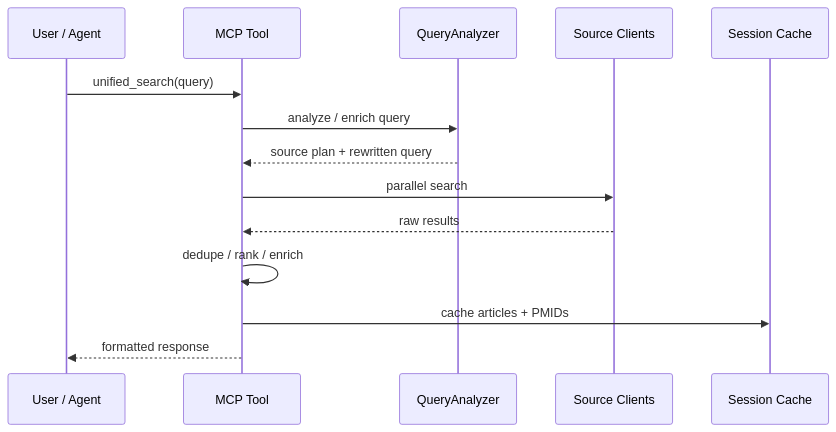
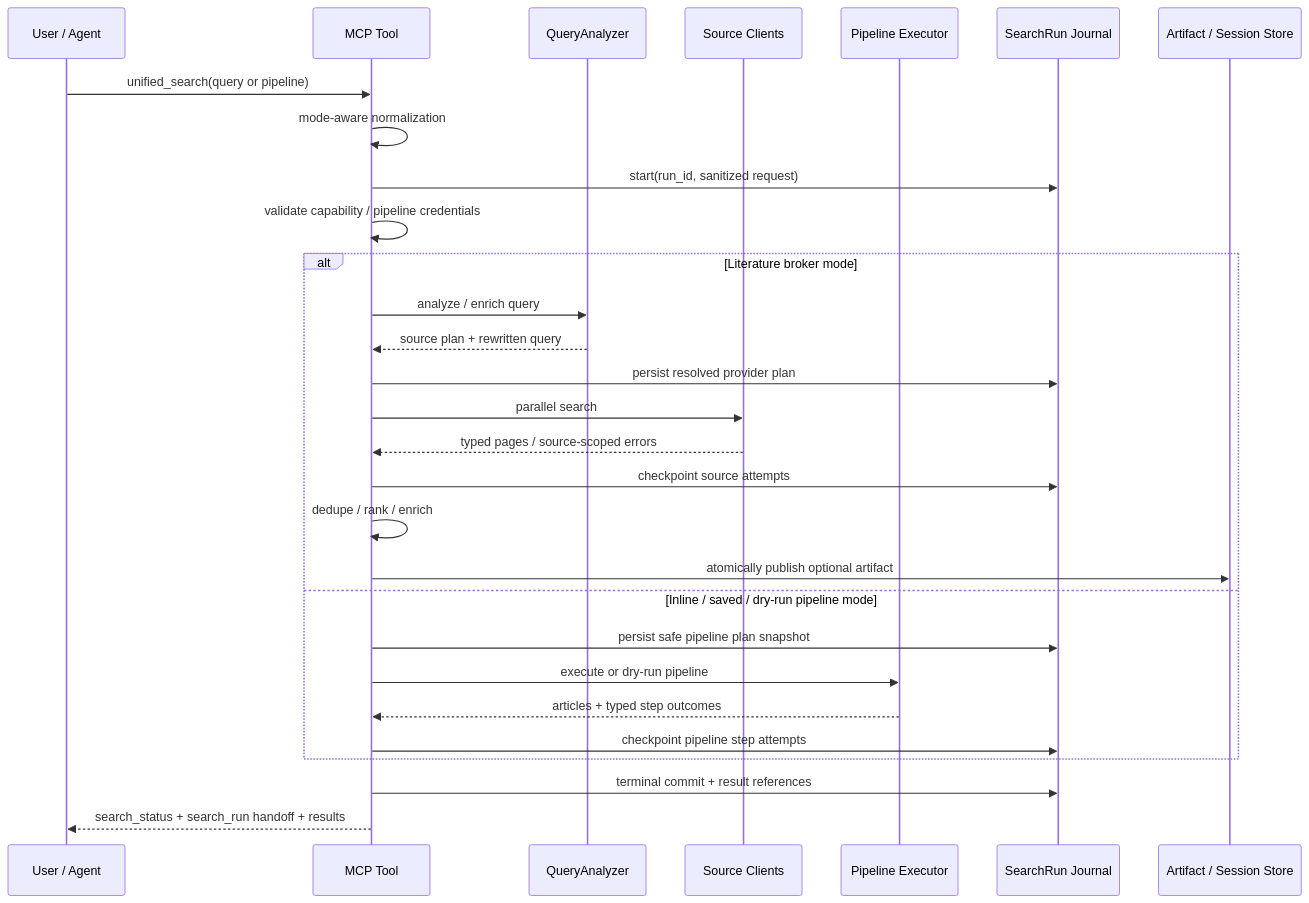
The eighth of 13 diagrams in ARCHITECTURE.md (u9401066/pubmed-search-mcp), drawn with Mermaid before and after one commit. The commit also changed other lines of this file and 18 other files, not shown here.

Commit message:
docs(search): refresh provider and recovery guidance

````diff
--- a/ARCHITECTURE.md
+++ b/ARCHITECTURE.md
@@ -389,17 +453,32 @@
 ```mermaid
 sequenceDiagram
   participant U as User / Agent
   participant M as MCP Tool
   participant Q as QueryAnalyzer
   participant S as Source Clients
-  participant C as Session Cache
+  participant P as Pipeline Executor
+  participant J as SearchRun Journal
+  participant A as Artifact / Session Store
 
-  U->>M: unified_search(query)
-  M->>Q: analyze / enrich query
-  Q-->>M: source plan + rewritten query
-  M->>S: parallel search
-  S-->>M: raw results
-  M->>M: dedupe / rank / enrich
-  M->>C: cache articles + PMIDs
-  M-->>U: formatted response
+  U->>M: unified_search(query or pipeline)
+  M->>M: mode-aware normalization
+  M->>J: start(run_id, sanitized request)
+  M->>M: validate capability / pipeline credentials
+  alt Literature broker mode
+    M->>Q: analyze / enrich query
+    Q-->>M: source plan + rewritten query
+    M->>J: persist resolved provider plan
+    M->>S: parallel search
+    S-->>M: typed pages / source-scoped errors
+    M->>J: checkpoint source attempts
+    M->>M: dedupe / rank / enrich
+    M->>A: atomically publish optional artifact
+  else Inline / saved / dry-run pipeline mode
+    M->>J: persist safe pipeline plan snapshot
+    M->>P: execute or dry-run pipeline
+    P-->>M: articles + typed step outcomes
+    M->>J: checkpoint pipeline step attempts
+  end
+  M->>J: terminal commit + result references
+  M-->>U: search_status + search_run handoff + results
 ```
````
